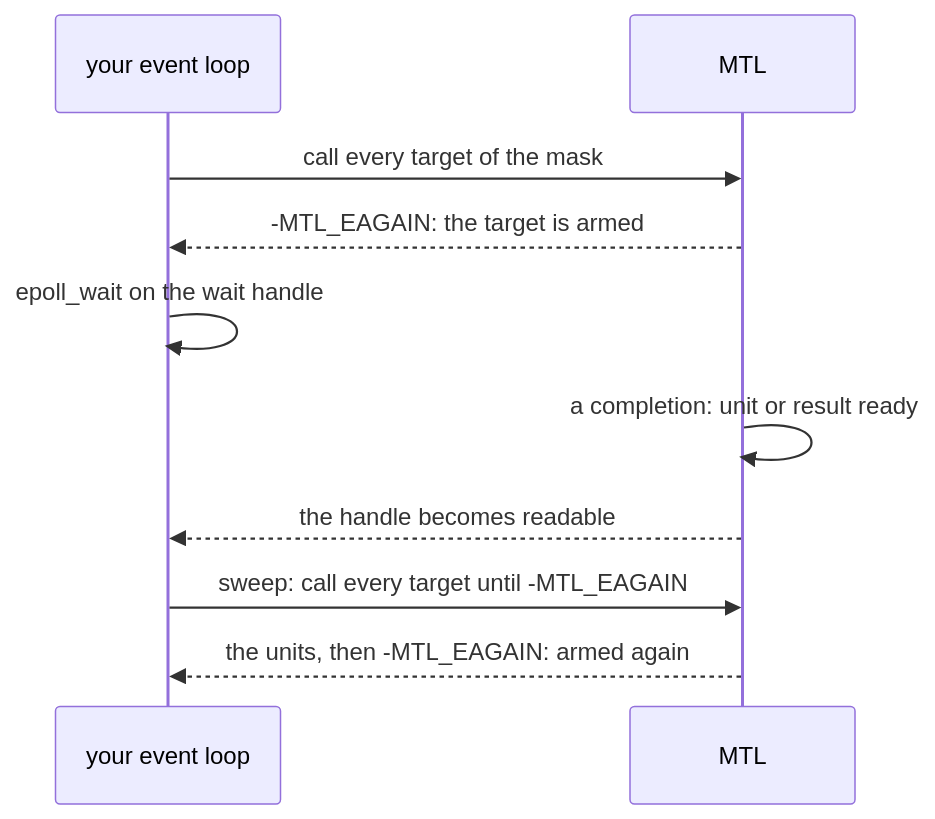
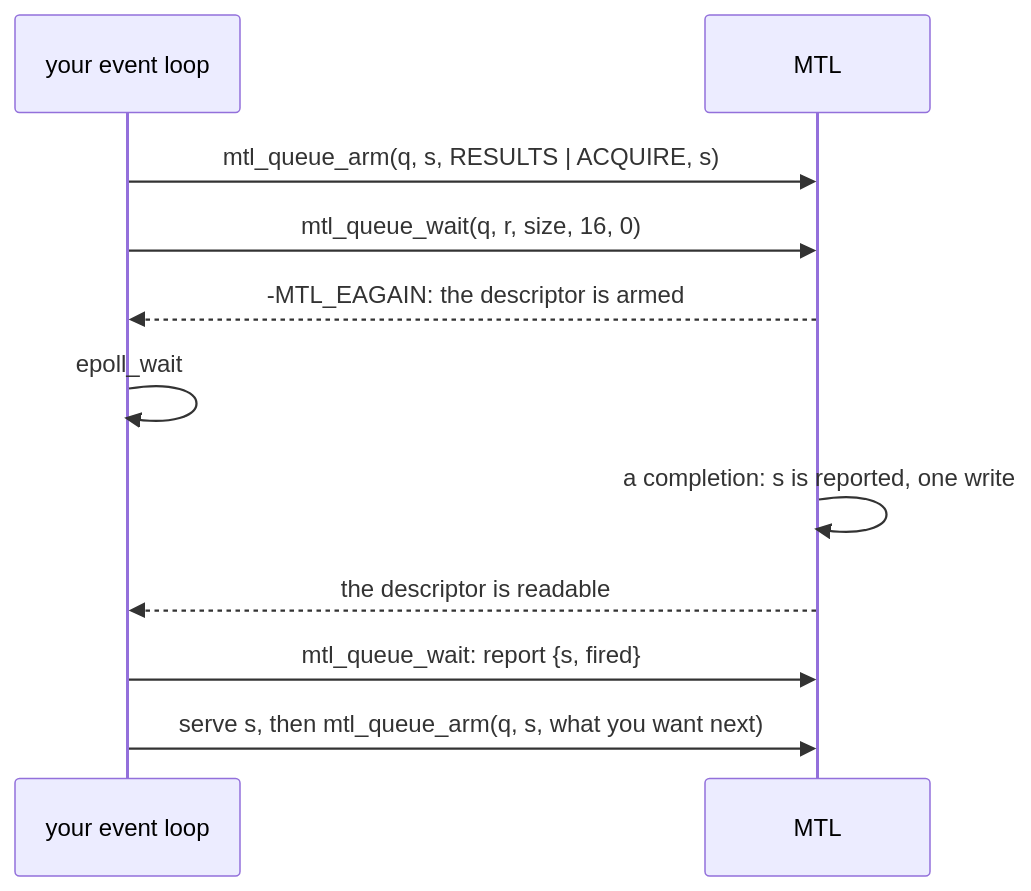
One commit to Sakoram/Media-Transport-Library changed the eighth of 15 diagrams in doc/unified-api/contract.md. Above: the diagram before and after it, drawn with Mermaid. The commit also changed other lines of this file and 52 other files, not shown here.

````diff
--- a/doc/unified-api/contract.md
+++ b/doc/unified-api/contract.md
@@ -1569,12 +1706,13 @@
 ```mermaid
 sequenceDiagram
     participant A as your event loop
     participant M as MTL
-    A->>M: call every target of the mask
-    M-->>A: -MTL_EAGAIN: the target is armed
-    A->>A: epoll_wait on the wait handle
-    M->>M: a completion: unit or result ready
-    M-->>A: the handle becomes readable
-    A->>M: sweep: call every target until -MTL_EAGAIN
-    M-->>A: the units, then -MTL_EAGAIN: armed again
+    A->>M: mtl_queue_arm(q, s, RESULTS | ACQUIRE, s)
+    A->>M: mtl_queue_wait(q, r, size, 16, 0)
+    M-->>A: -MTL_EAGAIN: the descriptor is armed
+    A->>A: epoll_wait
+    M->>M: a completion: s is reported, one write
+    M-->>A: the descriptor is readable
+    A->>M: mtl_queue_wait: report {s, fired}
+    A->>M: serve s, then mtl_queue_arm(q, s, what you want next)
 ```
````
